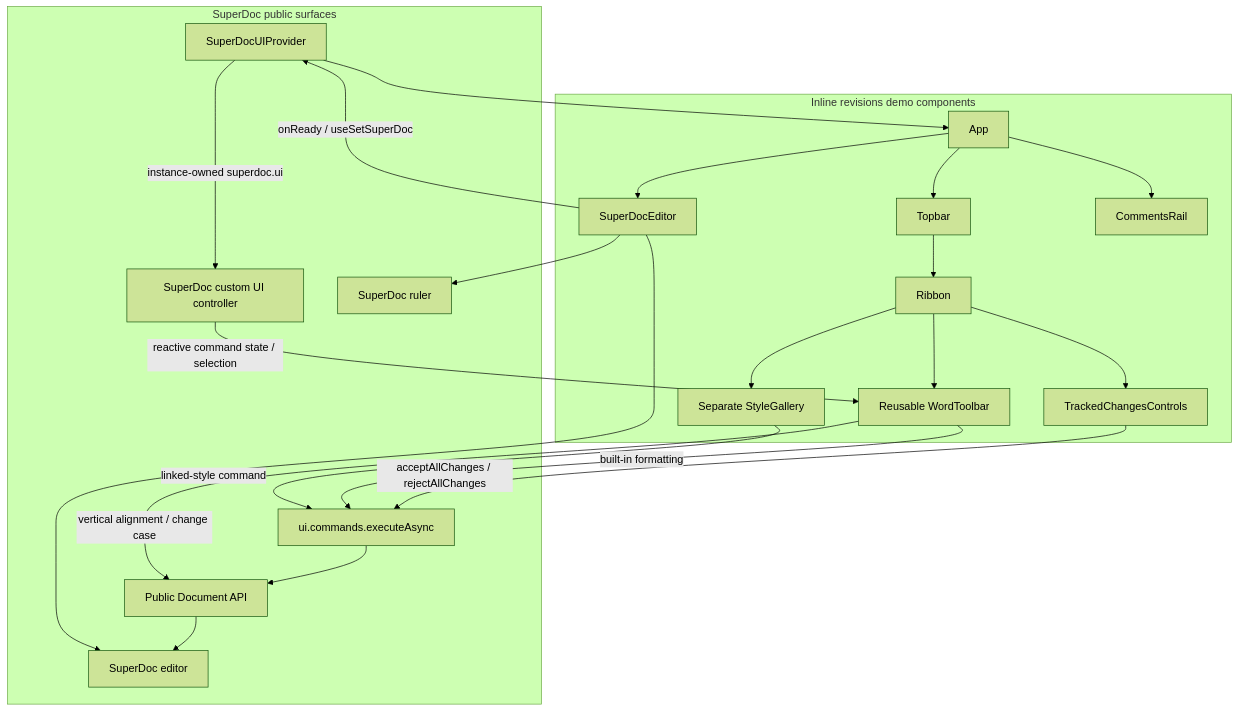
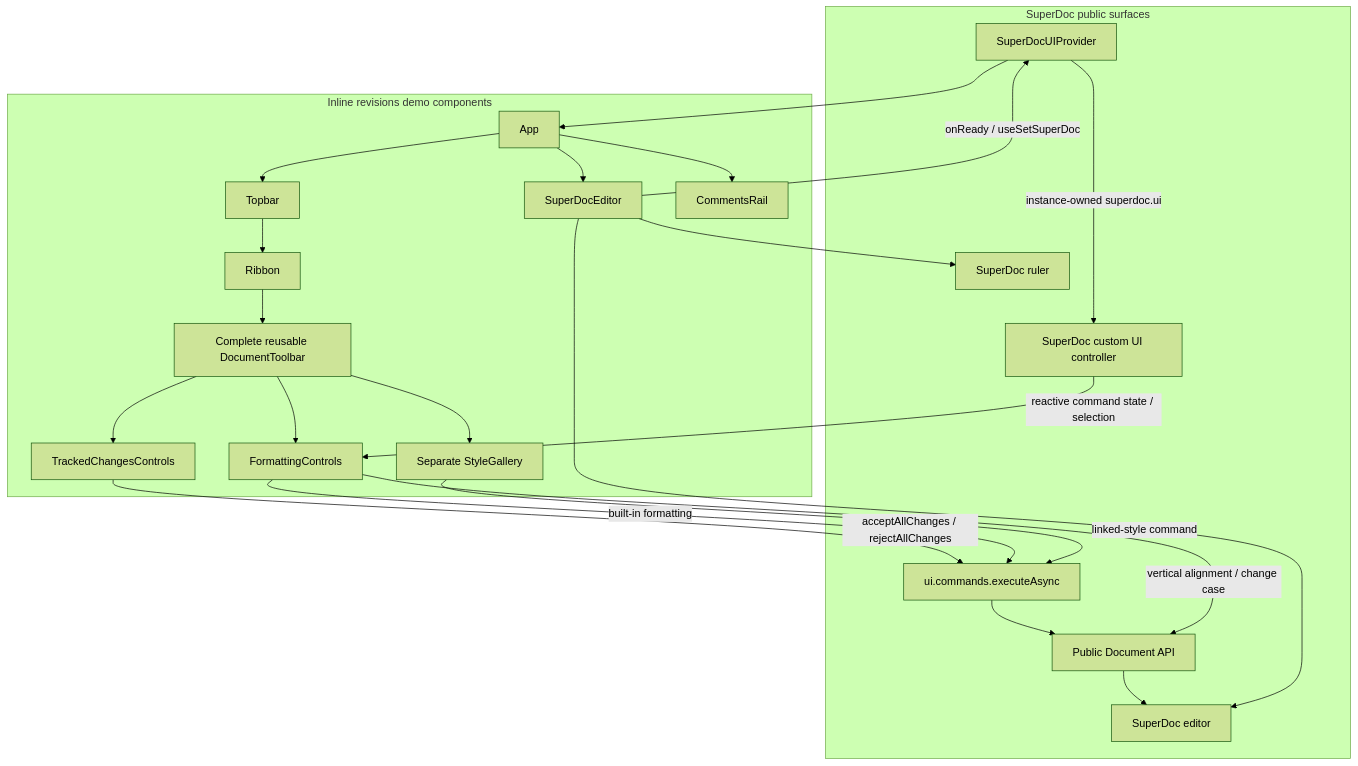
The diagram in superdoc-inline-revisions/ARCHITECTURE.md (superdoc/demos), drawn with Mermaid (forest theme) before and after one commit. The commit also changed other lines of this file and 19 other files, not shown here.

Commit message:
Refactor document toolbar into self-contained reusable components

````diff
--- a/superdoc-inline-revisions/ARCHITECTURE.md
+++ b/superdoc-inline-revisions/ARCHITECTURE.md
@@ -1,42 +1,44 @@
 ```mermaid
 flowchart TB
   subgraph Vendor[SuperDoc public surfaces]
     Provider[SuperDocUIProvider]
     Controller[SuperDoc custom UI controller]
     Commands[ui.commands.executeAsync]
     DocumentAPI[Public Document API]
     Engine[SuperDoc editor]
     Ruler[SuperDoc ruler]
   end
 
   subgraph Demo[Inline revisions demo components]
     App[App]
     Topbar[Topbar]
     Ribbon[Ribbon]
-    WordToolbar[Reusable WordToolbar]
+    DocumentToolbar[Complete reusable DocumentToolbar]
+    FormattingControls[FormattingControls]
     StyleGallery[Separate StyleGallery]
     TrackedChangesControls[TrackedChangesControls]
     EditorMount[SuperDocEditor]
     CommentsRail[CommentsRail]
   end
 
   Provider --> App
   App --> Topbar
   App --> EditorMount
   App --> CommentsRail
   Topbar --> Ribbon
-  Ribbon --> WordToolbar
-  Ribbon --> StyleGallery
-  Ribbon --> TrackedChangesControls
+  Ribbon --> DocumentToolbar
+  DocumentToolbar --> FormattingControls
+  DocumentToolbar --> StyleGallery
+  DocumentToolbar --> TrackedChangesControls
   TrackedChangesControls -->|acceptAllChanges / rejectAllChanges| Commands
   EditorMount -->|onReady / useSetSuperDoc| Provider
   Provider -->|instance-owned superdoc.ui| Controller
-  Controller -->|reactive command state / selection| WordToolbar
-  WordToolbar -->|built-in formatting| Commands
+  Controller -->|reactive command state / selection| FormattingControls
+  FormattingControls -->|built-in formatting| Commands
   StyleGallery -->|linked-style command| Commands
   Commands --> DocumentAPI
-  WordToolbar -->|vertical alignment / change case| DocumentAPI
+  FormattingControls -->|vertical alignment / change case| DocumentAPI
   DocumentAPI --> Engine
   EditorMount --> Engine
   EditorMount --> Ruler
 ```
````
